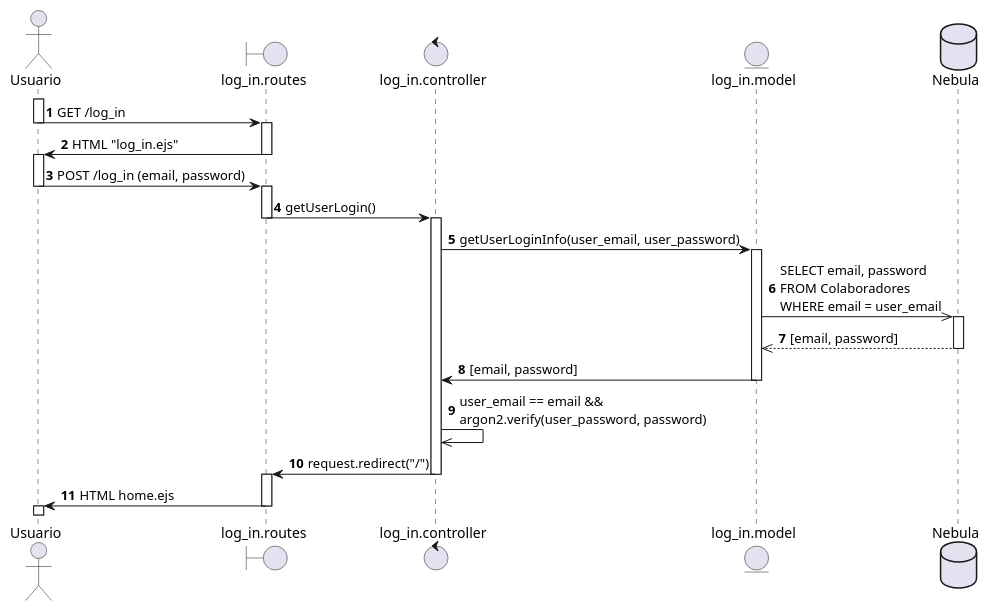
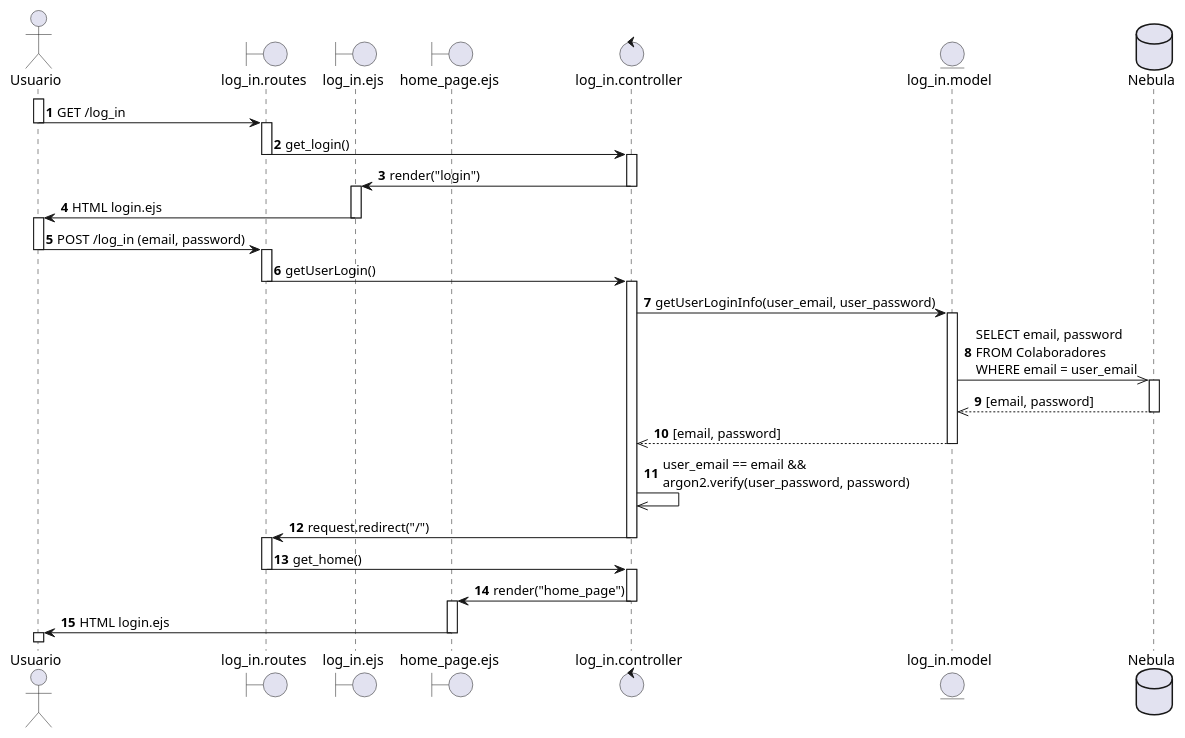
One commit to SALV19/Nebula_tc2005b changed the diagram in diagramas_secuencia/user_auth.puml. Above: the diagram before and after it, drawn with PlantUML. The commit also changed 5 other files, not shown here.

Commit message:
[FIX] uml diagrams user_auth

```diff
--- a/diagramas_secuencia/user_auth.puml
+++ b/diagramas_secuencia/user_auth.puml
@@ -1,43 +1,59 @@
 @startuml Prueba
 autonumber
 actor Usuario as u
 boundary log_in.routes as lgr
+boundary log_in.ejs as lge
+boundary home_page.ejs as h
 control log_in.controller as lgc
 entity log_in.model as lgm
 database Nebula as db
 
 activate u
 u -> lgr : GET /log_in
 deactivate u
 
 activate lgr
-lgr -> u : HTML "log_in.ejs"
+lgr -> lgc : get_login()
 deactivate lgr
+activate lgc
+lgc -> lge : render("login")
+deactivate lgc
+activate lge
+lge -> u : HTML login.ejs
+deactivate lge 
 
 activate u
 u -> lgr : POST /log_in (email, password)
 deactivate u
 
 activate lgr
 lgr -> lgc : getUserLogin()
 deactivate lgr
 
 activate lgc
 lgc -> lgm : getUserLoginInfo(user_email, user_password)
 activate lgm
 lgm ->> db : SELECT email, password \nFROM Colaboradores \nWHERE email = user_email
 activate db
 db -->> lgm : [email, password]
 deactivate db
-lgm -> lgc : [email, password]
+lgm -->> lgc : [email, password]
 deactivate lgm
 lgc ->> lgc : user_email == email && \nargon2.verify(user_password, password)
 lgc -> lgr : request.redirect("/")
+deactivate lgc
 
+activate lgr
+lgr -> lgc : get_home()
+deactivate lgr
+activate lgc
+lgc -> h : render("home_page")
 deactivate lgc
-activate lgr
-lgr -> u : HTML home.ejs
-deactivate lgr
+activate h
+h -> u : HTML login.ejs
+deactivate h 
+
+
 activate u
 
 @enduml
```
